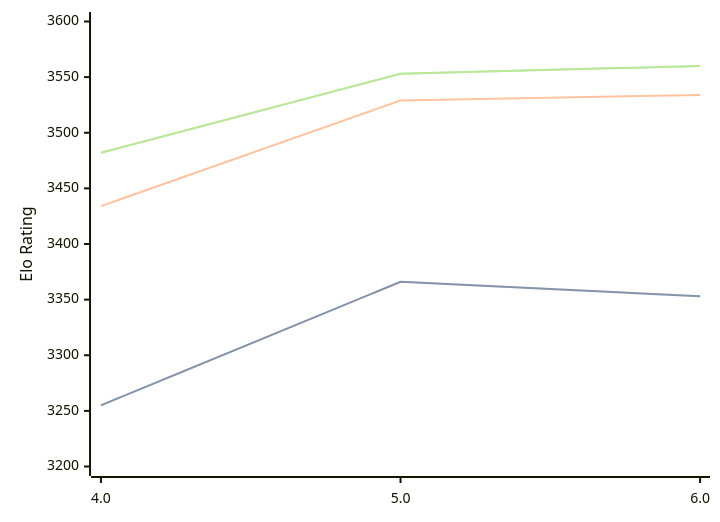
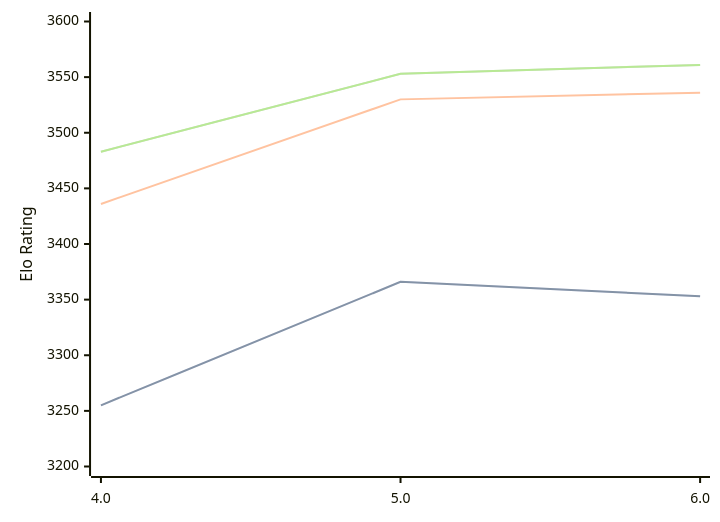
The diagram in engines/Tarnished.md (computer-chess-index/cci), drawn with Mermaid before and after one commit. The commit also changed other lines of this file, not shown here.

Commit message:
Update CCI Ratings (ELO VLTC) - 2026-09-05

````diff
--- a/engines/Tarnished.md
+++ b/engines/Tarnished.md
@@ -33,11 +33,11 @@
 ```mermaid
 %%{init: {"theme":"base","themeVariables":{"seriesColors:['#a3a3a3','#222221','#faa371']}}}%%
 xychart-beta
   x-axis ["4.0", "5.0", "6.0"]
   y-axis "Elo Rating" 3200 --> 3600
   line "" [3255, 3366, 3353]
   line "STC (8.0+0.08s)" [3255, 3366, 3353]
-  line "LTC (60.0+0.60s)" [3434, 3529, 3534]
-  line "" [3482, 3553, 3560]
-  line "VLTC (2m24s+1.12s)" [3482, 3553, 3560]
+  line "LTC (60.0+0.60s)" [3436, 3530, 3536]
+  line "" [3483, 3553, 3561]
+  line "VLTC (2m24s+1.12s)" [3483, 3553, 3561]
 ```
````
